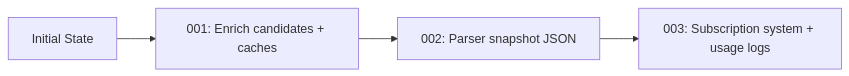
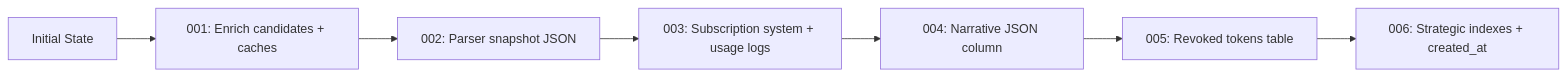
One commit to Revanththetalogics/aireume changed the sixth of 7 diagrams in .qoder/repowiki/en/content/Database Design/Database Design.md. Above: the diagram before and after it, drawn with Mermaid. The commit also changed other lines of this file and 33 other files, not shown here.

````diff
--- a/.qoder/repowiki/en/content/Database Design/Database Design.md
+++ b/.qoder/repowiki/en/content/Database Design/Database Design.md
@@ -219,6 +271,9 @@
 ```mermaid
 graph LR
 A["Initial State"] --> B["001: Enrich candidates + caches"]
 B --> C["002: Parser snapshot JSON"]
 C --> D["003: Subscription system + usage logs"]
+D --> E["004: Narrative JSON column"]
+E --> F["005: Revoked tokens table"]
+F --> G["006: Strategic indexes + created_at"]
 ```
````
